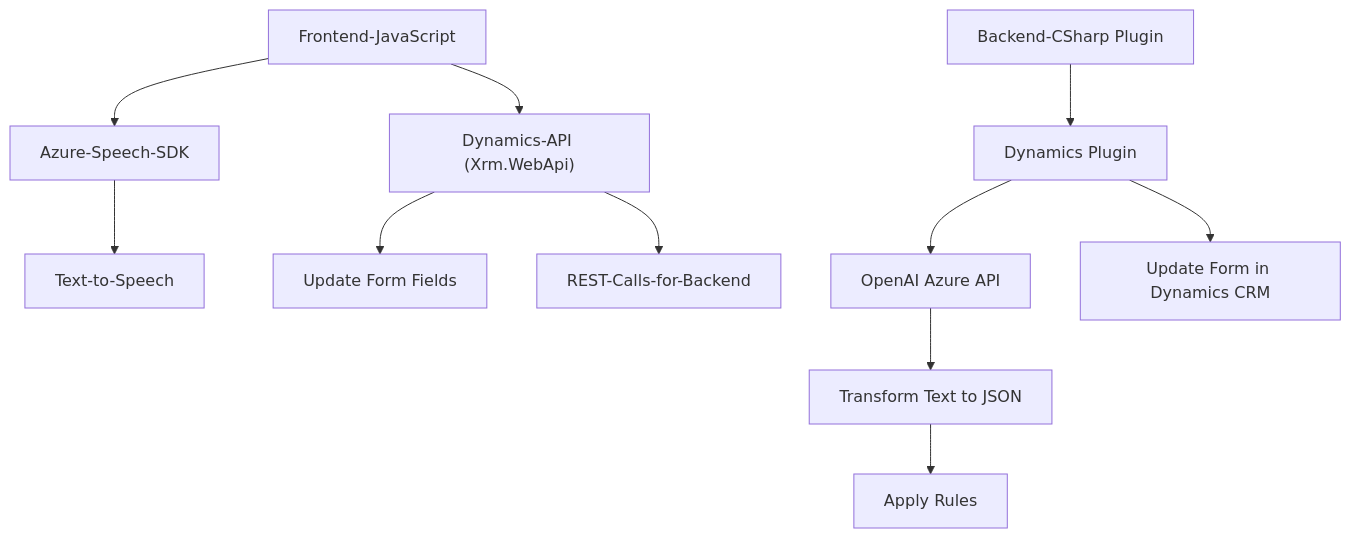
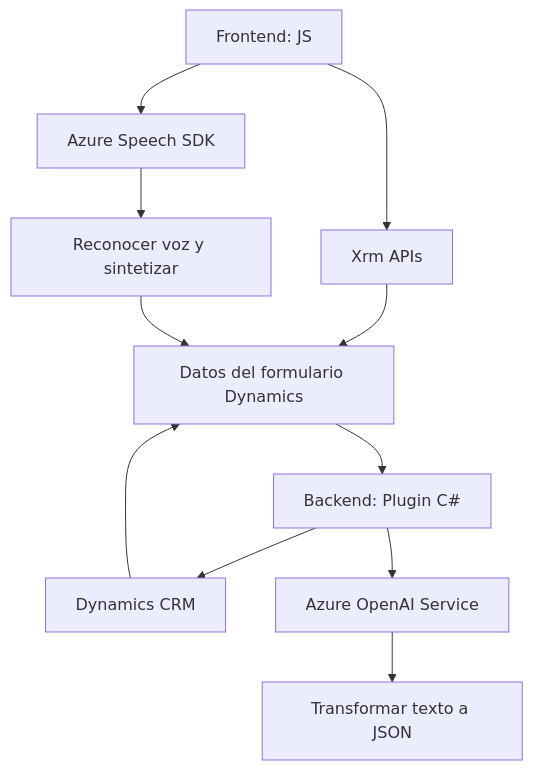
Before and after one commit to blopezdm/NETCORE_BILBAO2025: the diagram in README.md, drawn with Mermaid. The commit also changed other lines of this file, not shown here.

````diff
--- a/README.md
+++ b/README.md
@@ -64,14 +37,13 @@
 ```mermaid
 graph TD
-A["Frontend-JavaScript"] --> B["Azure-Speech-SDK"]
-A --> C["Dynamics-API (Xrm.WebApi)"]
-B --> D["Text-to-Speech"]
-C --> E["Update Form Fields"]
-C --> F["REST-Calls-for-Backend"]
-
-G["Backend-CSharp Plugin"] --> H["Dynamics Plugin"]
-H --> I["OpenAI Azure API"]
-I --> J["Transform Text to JSON"]
-J --> K["Apply Rules"]
-H --> L["Update Form in Dynamics CRM"]
+    A["Frontend: JS"] --> B["Azure Speech SDK"]
+    A --> C["Xrm APIs"]
+    B --> D["Reconocer voz y sintetizar"]
+    C --> E["Datos del formulario Dynamics"]
+    F["Backend: Plugin C#"] --> G["Dynamics CRM"]
+    F --> H["Azure OpenAI Service"]
+    G --> E
+    H["Azure OpenAI Service"] --> I["Transformar texto a JSON"]
+    E --> F
+    D --> E
 ```
````
